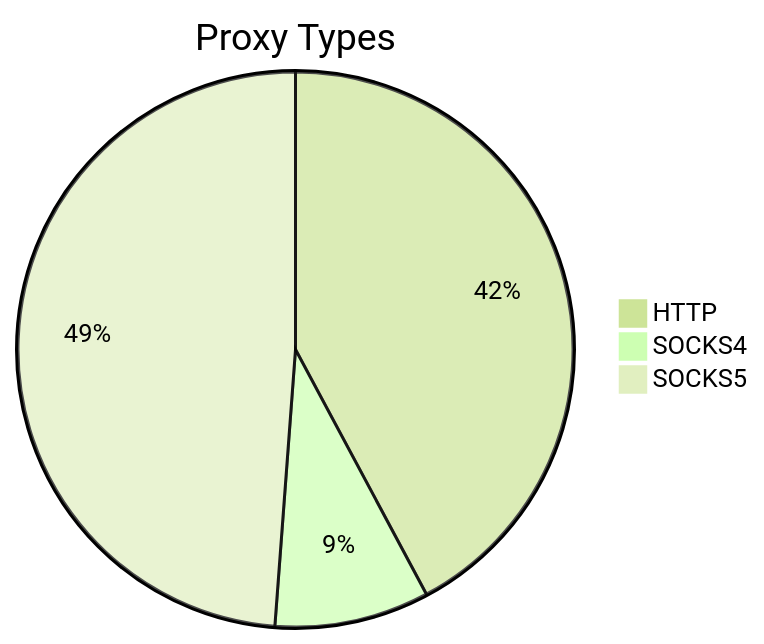
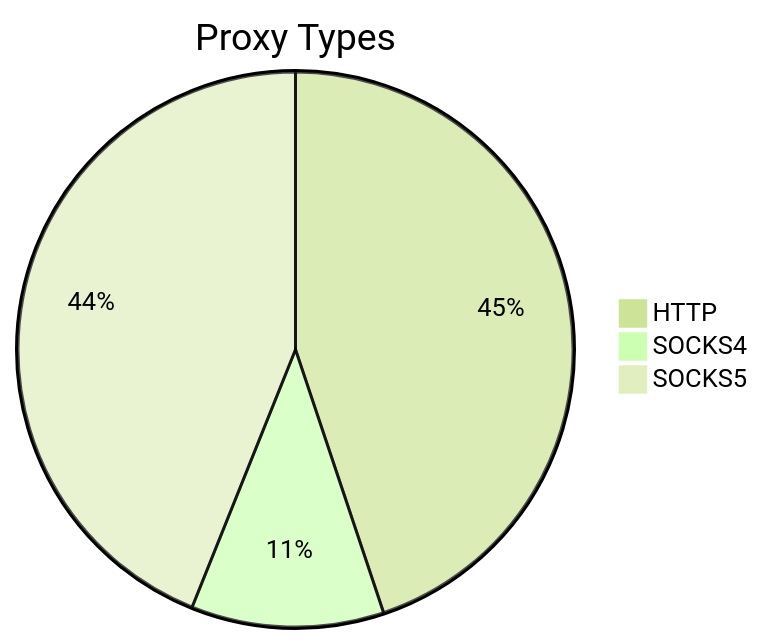
Before and after one commit to stormsia/proxy-list: the first of 2 diagrams in README.md, drawn with Mermaid (forest theme). The commit also changed other lines of this file, not shown here.

````diff
--- a/README.md
+++ b/README.md
@@ -21,6 +21,6 @@
 ```mermaid
 pie title Proxy Types
-    "HTTP" : 89
-    "SOCKS4" : 19
-    "SOCKS5" : 103
+    "HTTP" : 96
+    "SOCKS4" : 24
+    "SOCKS5" : 94
 ```
````
